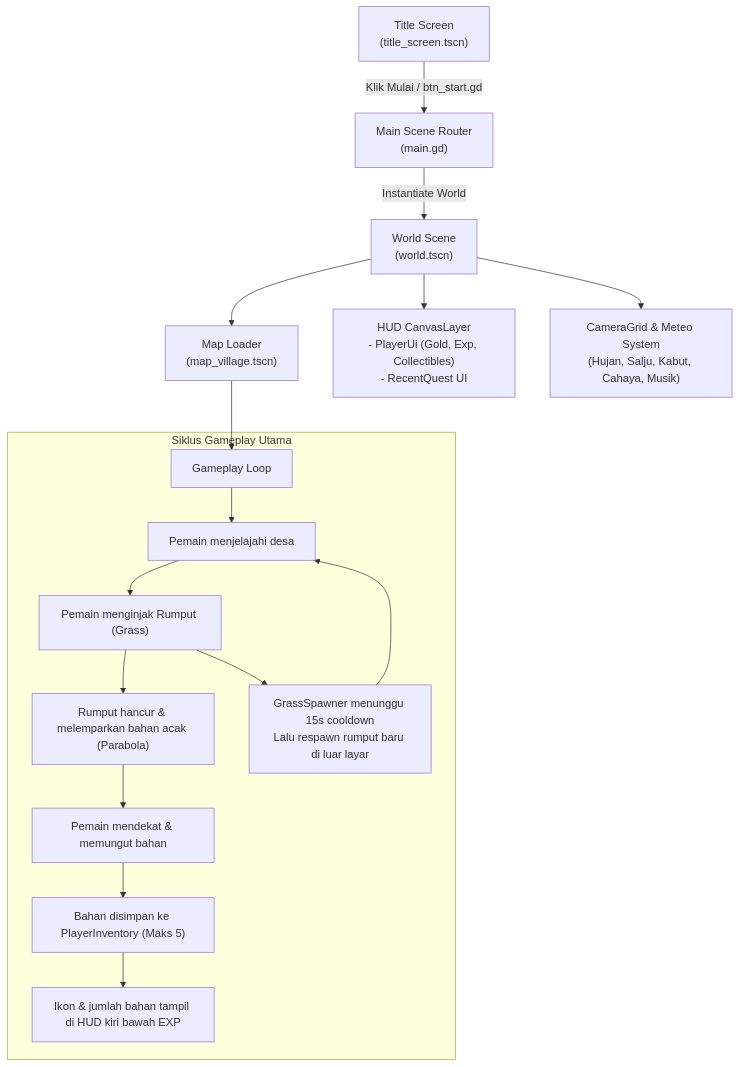
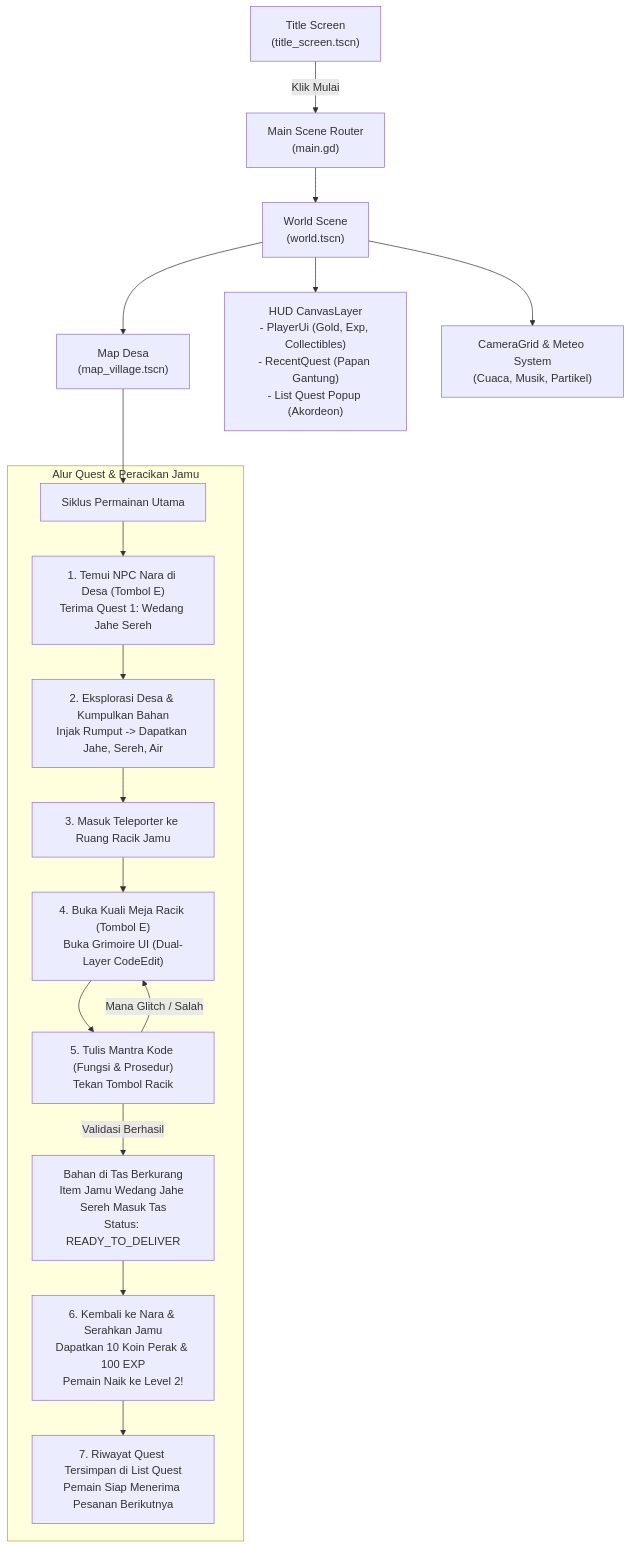
One commit to AdhyDa/Syntaxia changed the diagram in docs/PROJECT_CONTEXT.md. Above: the diagram before and after it, drawn with Mermaid. The commit also changed other lines of this file and 43 other files, not shown here.

````diff
--- a/docs/PROJECT_CONTEXT.md
+++ b/docs/PROJECT_CONTEXT.md
@@ -37,22 +38,23 @@
 ```mermaid
 flowchart TD
-    A["Title Screen\n(title_screen.tscn)"] -->|"Klik Mulai / btn_start.gd"| B["Main Scene Router\n(main.gd)"]
-    B -->|"Instantiate World"| C["World Scene\n(world.tscn)"]
+    A["Title Screen\n(title_screen.tscn)"] -->|"Klik Mulai"| B["Main Scene Router\n(main.gd)"]
+    B --> C["World Scene\n(world.tscn)"]
     
-    C --> D["Map Loader\n(map_village.tscn)"]
-    C --> E["HUD CanvasLayer\n- PlayerUi (Gold, Exp, Collectibles)\n- RecentQuest UI"]
-    C --> F["CameraGrid & Meteo System\n(Hujan, Salju, Kabut, Cahaya, Musik)"]
+    C --> D["Map Desa\n(map_village.tscn)"]
+    C --> E["HUD CanvasLayer\n- PlayerUi (Gold, Exp, Collectibles)\n- RecentQuest (Papan Gantung)\n- List Quest Popup (Akordeon)"]
+    C --> F["CameraGrid & Meteo System\n(Cuaca, Musik, Partikel)"]
     
-    D --> G["Gameplay Loop"]
+    D --> G["Siklus Permainan Utama"]
     
-    subgraph "Siklus Gameplay Utama"
-        G --> H["Pemain menjelajahi desa"]
-        H --> I["Pemain menginjak Rumput (Grass)"]
-        I --> J["Rumput hancur & melemparkan bahan acak (Parabola)"]
-        J --> K["Pemain mendekat & memungut bahan"]
-        K --> L["Bahan disimpan ke PlayerInventory (Maks 5)"]
-        L --> M["Ikon & jumlah bahan tampil di HUD kiri bawah EXP"]
-        I --> N["GrassSpawner menunggu 15s cooldown\nLalu respawn rumput baru di luar layar"]
-        N --> H
+    subgraph "Alur Quest & Peracikan Jamu"
+        G --> H["1. Temui NPC Nara di Desa (Tombol E)\nTerima Quest 1: Wedang Jahe Sereh"]
+        H --> I["2. Eksplorasi Desa & Kumpulkan Bahan\nInjak Rumput -> Dapatkan Jahe, Sereh, Air"]
+        I --> J["3. Masuk Teleporter ke Ruang Racik Jamu"]
+        J --> K["4. Buka Kuali Meja Racik (Tombol E)\nBuka Grimoire UI (Dual-Layer CodeEdit)"]
+        K --> L["5. Tulis Mantra Kode (Fungsi & Prosedur)\nTekan Tombol Racik"]
+        L -->|"Validasi Berhasil"| M["Bahan di Tas Berkurang\nItem Jamu Wedang Jahe Sereh Masuk Tas\nStatus: READY_TO_DELIVER"]
+        L -->|"Mana Glitch / Salah"| K
+        M --> N["6. Kembali ke Nara & Serahkan Jamu\nDapatkan 10 Koin Perak & 100 EXP\nPemain Naik ke Level 2!"]
+        N --> O["7. Riwayat Quest Tersimpan di List Quest\nPemain Siap Menerima Pesanan Berikutnya"]
     end
 ```
````
